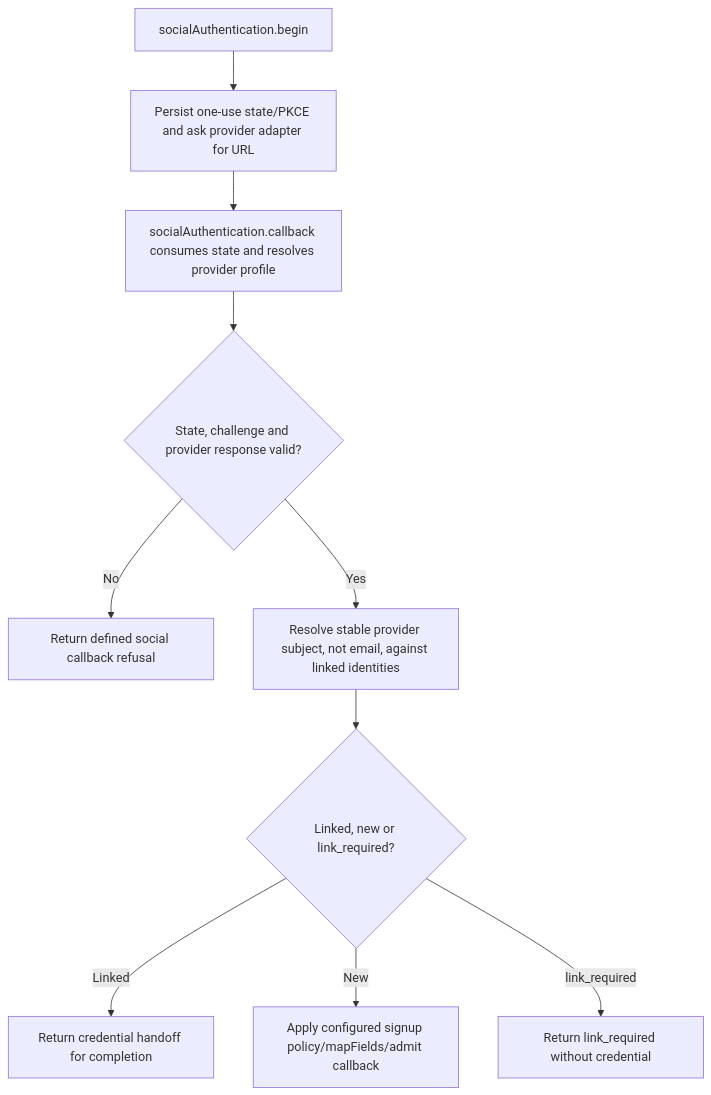
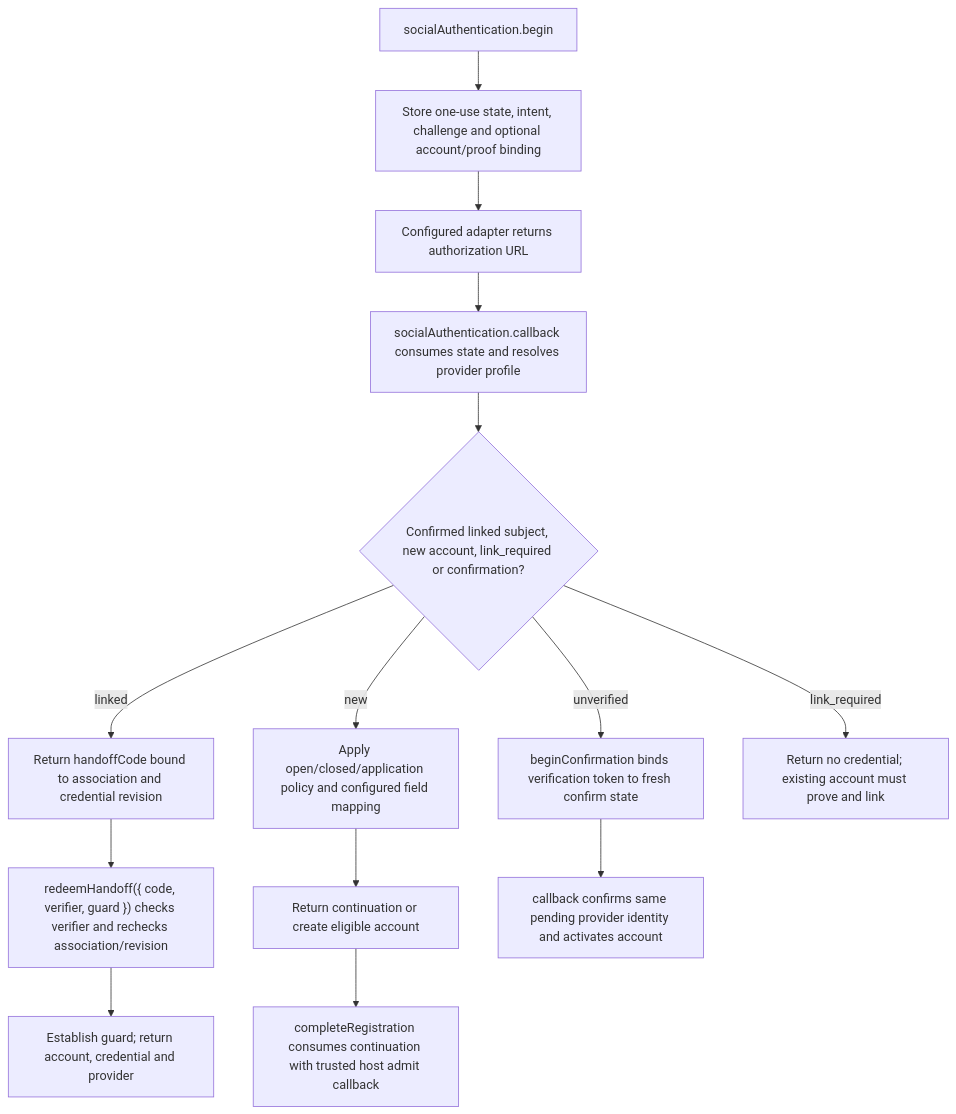
The second of 2 diagrams in user-stories/US-ACCOUNT-20-social-sign-in.md (Kevinjohn/oss-adonisjs-account-kit), drawn with Mermaid before and after one commit. The commit also changed other lines of this file and 4 other files, not shown here.

Commit message:
docs: complete session and social outcomes

````diff
--- a/user-stories/US-ACCOUNT-20-social-sign-in.md
+++ b/user-stories/US-ACCOUNT-20-social-sign-in.md
@@ -34,12 +41,16 @@
 ```mermaid
 flowchart TD
- A["socialAuthentication.begin"] --> B["Persist one-use state/PKCE and ask provider adapter for URL"]
- B --> C["socialAuthentication.callback consumes state and resolves provider profile"]
- C --> D{"State, challenge and provider response valid?"}
- D -->|No| E["Return defined social callback refusal"]
- D -->|Yes| F["Resolve stable provider subject, not email, against linked identities"]
- F --> G{"Linked, new or link_required?"}
- G -->|Linked| H["Return credential handoff for completion"]
- G -->|New| I["Apply configured signup policy/mapFields/admit callback"]
- G -->|link_required| J["Return link_required without credential"]
+ A["socialAuthentication.begin"] --> B["Store one-use state, intent, challenge and optional account/proof binding"]
+ B --> C["Configured adapter returns authorization URL"]
+ C --> D["socialAuthentication.callback consumes state and resolves provider profile"]
+ D --> E{"Confirmed linked subject, new account, link_required or confirmation?"}
+ E -->|linked| F["Return handoffCode bound to association and credential revision"]
+ F --> G["redeemHandoff({ code, verifier, guard }) checks verifier and rechecks association/revision"]
+ G --> H["Establish guard; return account, credential and provider"]
+ E -->|new| I["Apply open/closed/application policy and configured field mapping"]
+ I --> J["Return continuation or create eligible account"]
+ J --> K["completeRegistration consumes continuation with trusted host admit callback"]
+ E -->|unverified| L["beginConfirmation binds verification token to fresh confirm state"]
+ L --> M["callback confirms same pending provider identity and activates account"]
+ E -->|link_required| N["Return no credential; existing account must prove and link"]
 ```
````
